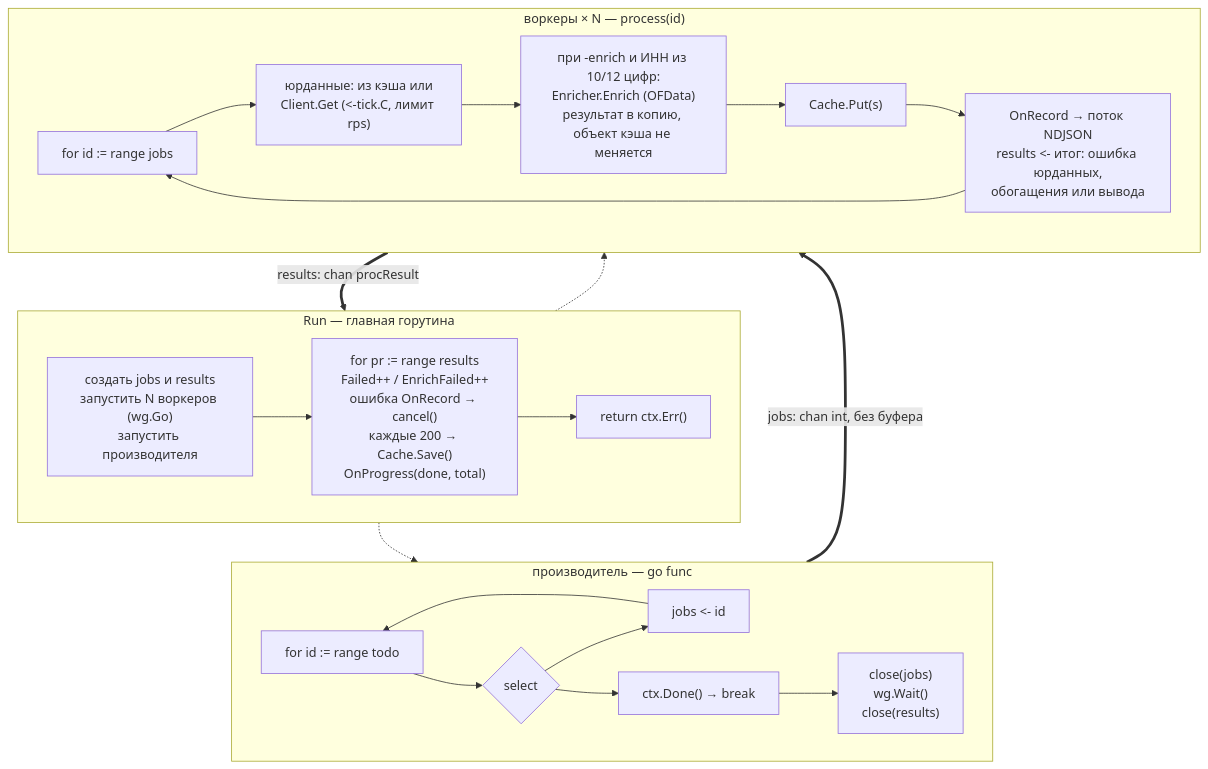
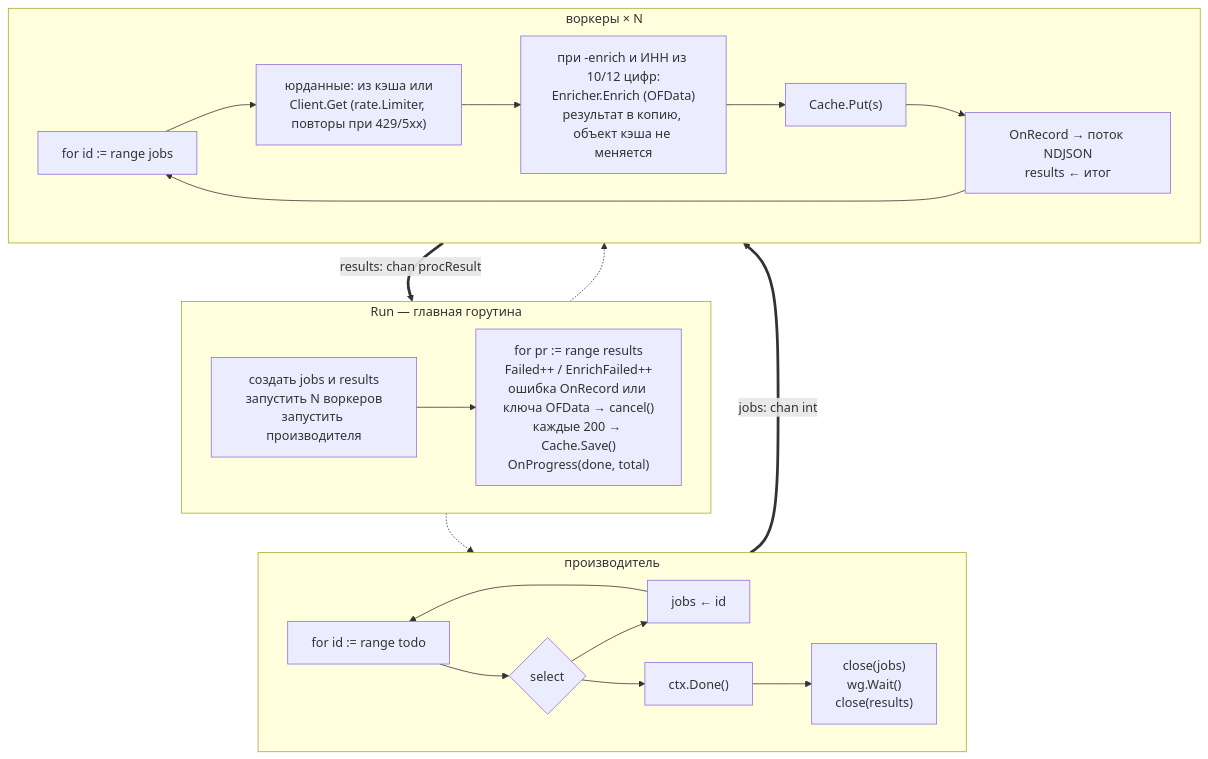
Before and after one commit to OkaneKatsuro/go-wb: the second of 4 diagrams in README.md, drawn with Mermaid. The commit also changed other lines of this file and 19 other files, not shown here.

````diff
--- a/README.md
+++ b/README.md
@@ -106,37 +111,31 @@
 ```mermaid
 flowchart TB
     subgraph MAIN["Run — главная горутина"]
         direction LR
-        M1["создать jobs и results<br/>запустить N воркеров (wg.Go)<br/>запустить производителя"]
-        M2["for pr := range results<br/>Failed++ / EnrichFailed++<br/>ошибка OnRecord → cancel()<br/>каждые 200 → Cache.Save()<br/>OnProgress(done, total)"]
-        M3["return ctx.Err()"]
-        M1 --> M2 --> M3
+        M1["создать jobs и results<br/>запустить N воркеров<br/>запустить производителя"]
+        M2["for pr := range results<br/>Failed++ / EnrichFailed++<br/>ошибка OnRecord или ключа OFData → cancel()<br/>каждые 200 → Cache.Save()<br/>OnProgress(done, total)"]
+        M1 --> M2
     end
 
-    subgraph PROD["производитель — go func"]
+    subgraph PROD["производитель"]
         direction LR
-        P1["for id := range todo"]
-        P2{"select"}
-        P3["jobs &lt;- id"]
-        P4["ctx.Done() → break"]
-        P5["close(jobs)<br/>wg.Wait()<br/>close(results)"]
-        P1 --> P2
-        P2 --> P3 --> P1
-        P2 --> P4 --> P5
+        P1["for id := range todo"] --> P2{"select"}
+        P2 --> P3["jobs ← id"] --> P1
+        P2 --> P4["ctx.Done()"] --> P5["close(jobs)<br/>wg.Wait()<br/>close(results)"]
     end
 
-    subgraph WORK["воркеры × N — process(id)"]
+    subgraph WORK["воркеры × N"]
         direction LR
         W1["for id := range jobs"]
-        W2["юрданные: из кэша или<br/>Client.Get (&lt;-tick.C, лимит rps)"]
+        W2["юрданные: из кэша или<br/>Client.Get (rate.Limiter, повторы при 429/5xx)"]
         W3["при -enrich и ИНН из 10/12 цифр:<br/>Enricher.Enrich (OFData)<br/>результат в копию, объект кэша не меняется"]
         W4["Cache.Put(s)"]
-        W5["OnRecord → поток NDJSON<br/>results &lt;- итог: ошибка юрданных,<br/>обогащения или вывода"]
+        W5["OnRecord → поток NDJSON<br/>results ← итог"]
         W1 --> W2 --> W3 --> W4 --> W5 --> W1
     end
 
     M1 -.-> P1
     M1 -.-> W1
-    P3 ==>|"jobs: chan int, без буфера"| W1
+    P3 ==>|"jobs: chan int"| W1
     W5 ==>|"results: chan procResult"| M2
 ```
````
